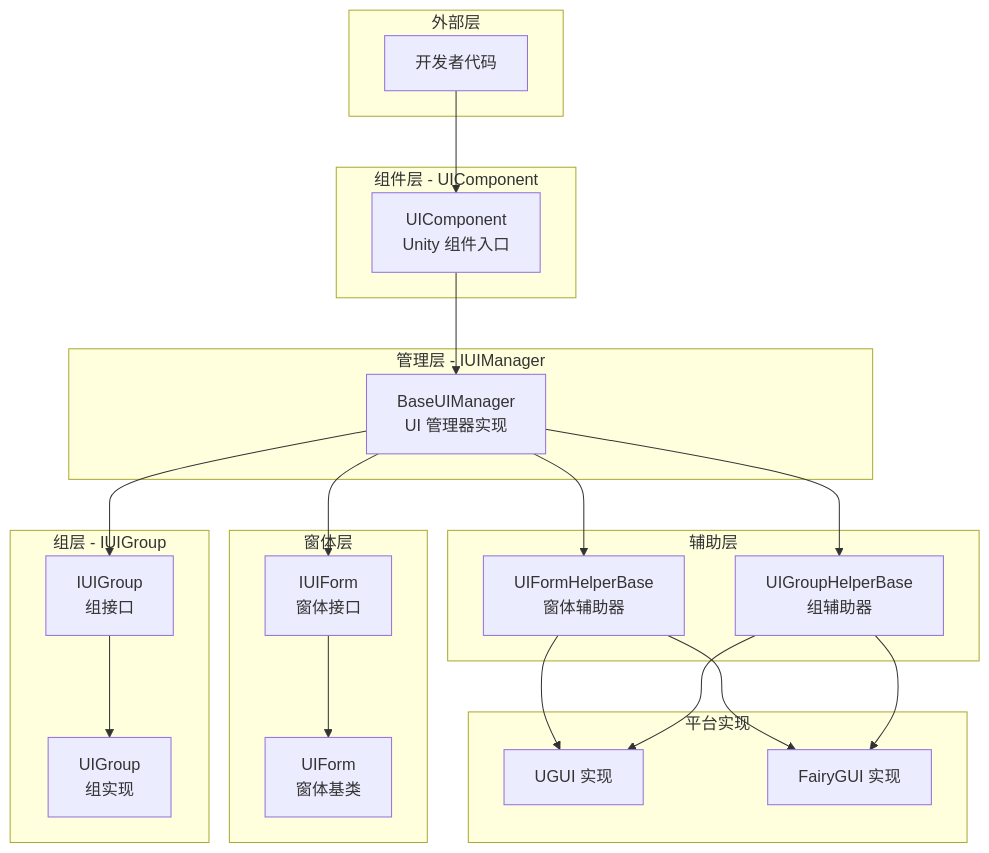
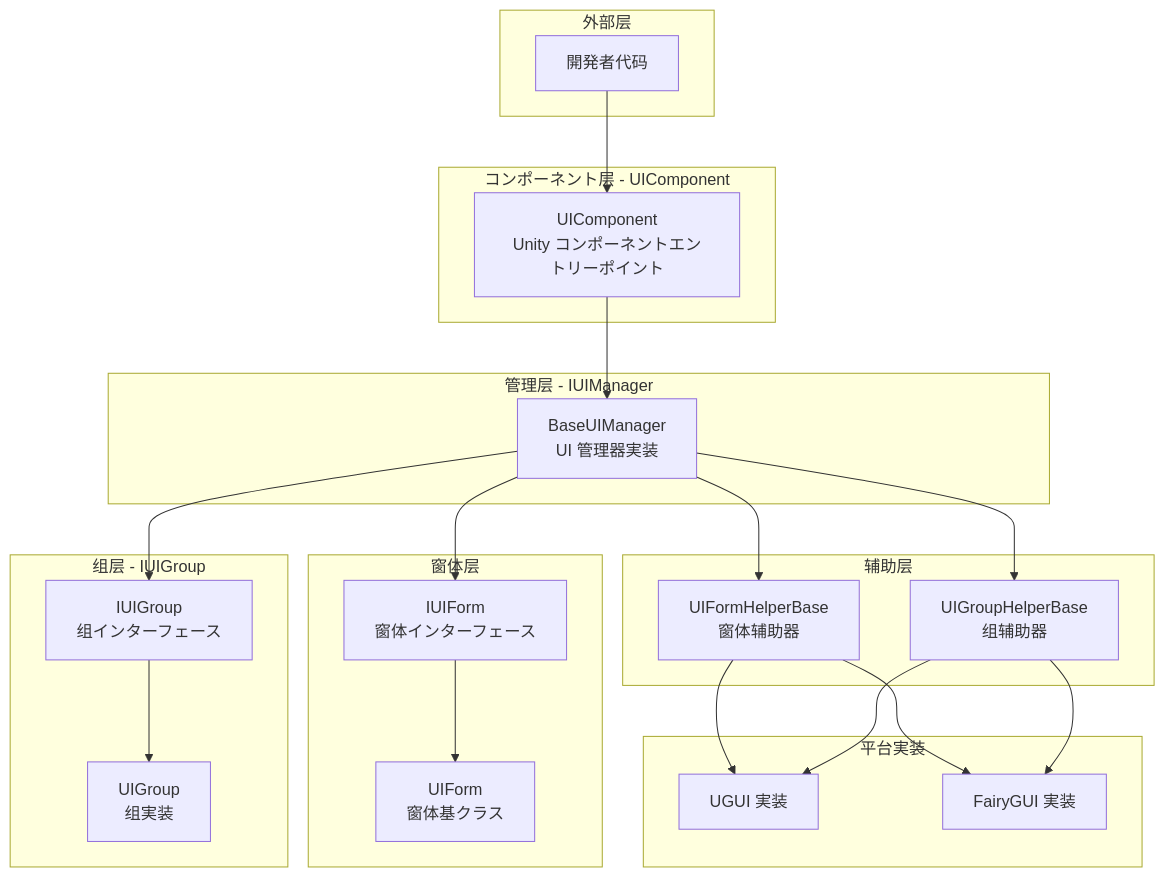
One commit to AlianBlank/GameFrameX.Docs changed the first of 5 diagrams in docs/ja/client/unity/component/ui/01.overview.md. Above: the diagram before and after it, drawn with Mermaid. The commit also changed other lines of this file and 603 other files, not shown here.

````diff
--- a/docs/ja/client/unity/component/ui/01.overview.md
+++ b/docs/ja/client/unity/component/ui/01.overview.md
@@ -17,47 +17,47 @@
 ```mermaid
 flowchart TD
     subgraph External["外部层"]
-        Client[开发者代码]
+        Client[開発者代码]
     end
 
-    subgraph Component["组件层 - UIComponent"]
-        Entry[UIComponent<br/>Unity 组件入口]
+    subgraph Component["コンポーネント层 - UIComponent"]
+        Entry[UIComponent<br/>Unity コンポーネントエントリーポイント]
     end
 
     subgraph Manager["管理层 - IUIManager"]
-        ManagerImpl[BaseUIManager<br/>UI 管理器实现]
+        ManagerImpl[BaseUIManager<br/>UI 管理器実装]
     end
 
     subgraph Form["窗体层"]
-        IUIForm[IUIForm<br/>窗体接口]
-        UIFormImpl[UIForm<br/>窗体基类]
+        IUIForm[IUIForm<br/>窗体インターフェース]
+        UIFormImpl[UIForm<br/>窗体基クラス]
     end
 
     subgraph Group["组层 - IUIGroup"]
-        IUIUIGroup[IUIGroup<br/>组接口]
-        UIGroupImpl[UIGroup<br/>组实现]
+        IUIUIGroup[IUIGroup<br/>组インターフェース]
+        UIGroupImpl[UIGroup<br/>组実装]
     end
 
     subgraph Helper["辅助层"]
         FormHelper[UIFormHelperBase<br/>窗体辅助器]
         GroupHelper[UIGroupHelperBase<br/>组辅助器]
     end
 
-    subgraph Platform["平台实现"]
-        UGUI[UGUI 实现]
-        FairyGUI[FairyGUI 实现]
+    subgraph Platform["平台実装"]
+        UGUI[UGUI 実装]
+        FairyGUI[FairyGUI 実装]
     end
 
     Client --> Entry
     Entry --> ManagerImpl
     ManagerImpl --> IUIForm
     ManagerImpl --> IUIUIGroup
     IUIForm --> UIFormImpl
     IUIUIGroup --> UIGroupImpl
     ManagerImpl --> FormHelper
     ManagerImpl --> GroupHelper
     FormHelper --> UGUI
     FormHelper --> FairyGUI
     GroupHelper --> UGUI
     GroupHelper --> FairyGUI
 ```
````
